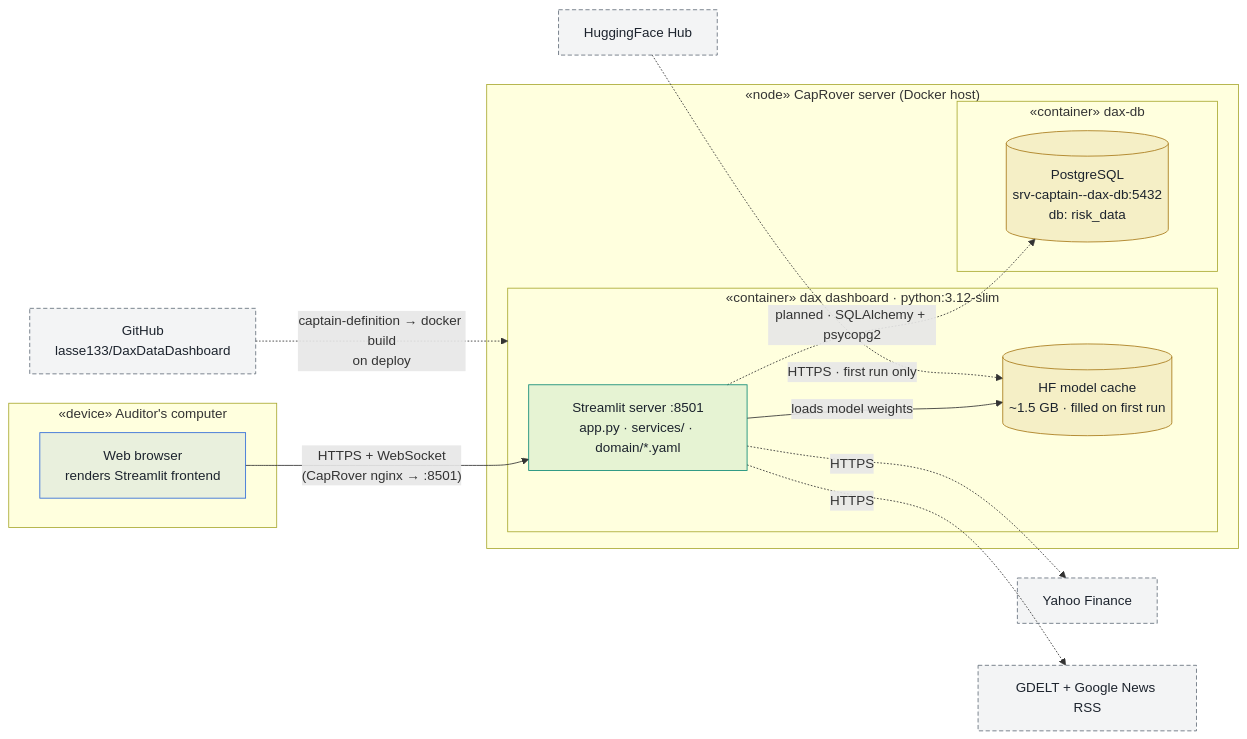
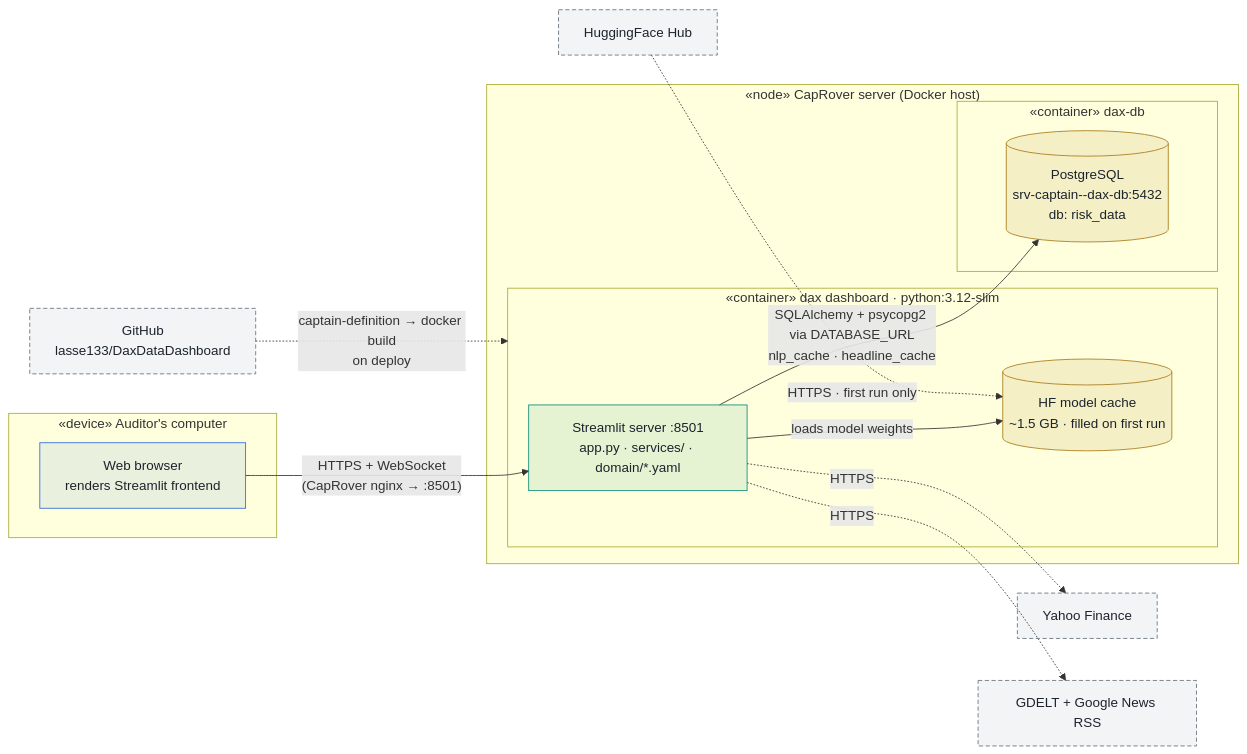
The diagram in doc/deployment-diagram.md (lasse133/DaxDataDashboard), drawn with Mermaid before and after one commit. The commit also changed other lines of this file and 6 other files, not shown here.

````diff
--- a/doc/deployment-diagram.md
+++ b/doc/deployment-diagram.md
@@ -22,39 +22,39 @@
 ```mermaid
 flowchart LR
     subgraph CLIENT["«device» Auditor's computer"]
         BROWSER["Web browser<br/>renders Streamlit frontend"]
     end
 
     subgraph CAPROVER["«node» CapRover server (Docker host)"]
         subgraph APPC["«container» dax dashboard · python:3.12-slim"]
             APP["Streamlit server :8501<br/>app.py · services/ · domain/*.yaml"]
             CACHE[("HF model cache<br/>~1.5 GB · filled on first run")]
         end
         subgraph DBC["«container» dax-db"]
             PG[("PostgreSQL<br/>srv-captain--dax-db:5432<br/>db: risk_data")]
         end
     end
 
     GITHUB["GitHub<br/>lasse133/DaxDataDashboard"]
     YAHOO["Yahoo Finance"]
     NEWSAPI["GDELT + Google News RSS"]
     HF["HuggingFace Hub"]
 
     BROWSER -->|"HTTPS + WebSocket<br/>(CapRover nginx → :8501)"| APP
     GITHUB -.->|"captain-definition → docker build<br/>on deploy"| APPC
     APP -->|"loads model weights"| CACHE
-    APP -.->|"planned · SQLAlchemy + psycopg2"| PG
+    APP -->|"SQLAlchemy + psycopg2 via DATABASE_URL<br/>nlp_cache · headline_cache"| PG
     APP -.->|"HTTPS"| YAHOO
     APP -.->|"HTTPS"| NEWSAPI
     HF -.->|"HTTPS · first run only"| CACHE
 
     classDef artifact fill:#0e8a761a,stroke:#0e8a76,color:#1c232d
     classDef store fill:#a97a1a1f,stroke:#a97a1a,color:#1c232d
     classDef ext fill:#66707d14,stroke:#66707d,stroke-dasharray:5 3,color:#1c232d
     classDef client fill:#2f6bd81a,stroke:#2f6bd8,color:#1c232d
 
     class APP artifact
     class CACHE,PG store
     class GITHUB,YAHOO,NEWSAPI,HF ext
     class BROWSER client
 ```
````
